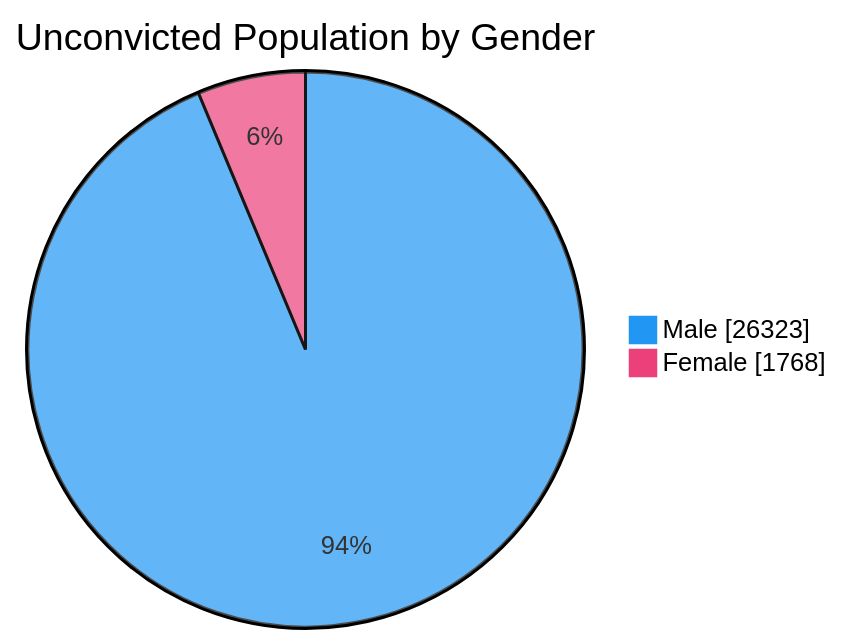
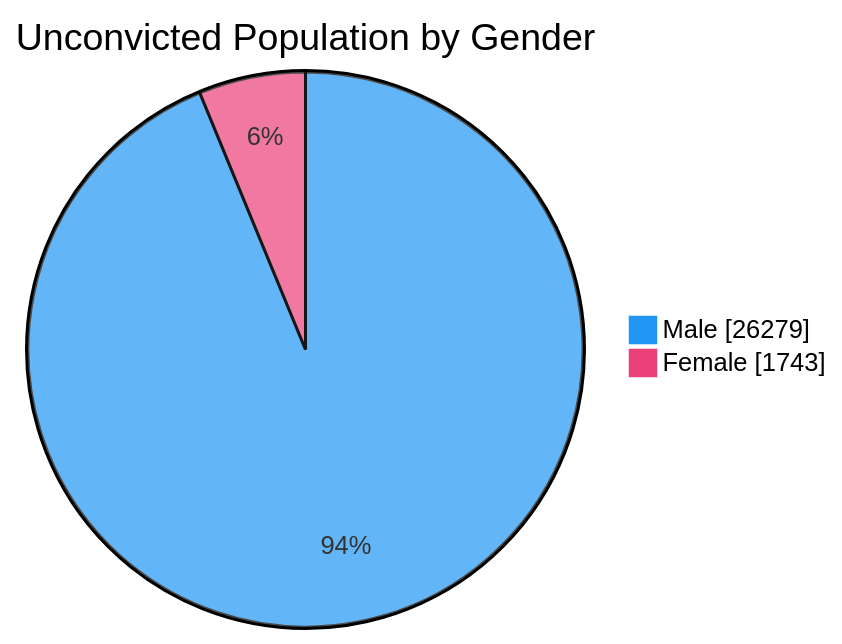
Before and after one commit to nuuuwan/lk_prisons: the fourth of 7 diagrams in README.md, drawn with Mermaid. The commit also changed other lines of this file and 1 other file, not shown here.

````diff
--- a/README.md
+++ b/README.md
@@ -76,6 +76,6 @@
 ```mermaid
 %%{init: {'themeVariables': {'pie1': '#2196F3', 'pie2': '#EC407A'}}}%%
 pie showData title Unconvicted Population by Gender
-    "Male" : 26323
-    "Female" : 1768
+    "Male" : 26279
+    "Female" : 1743
 ```
````
